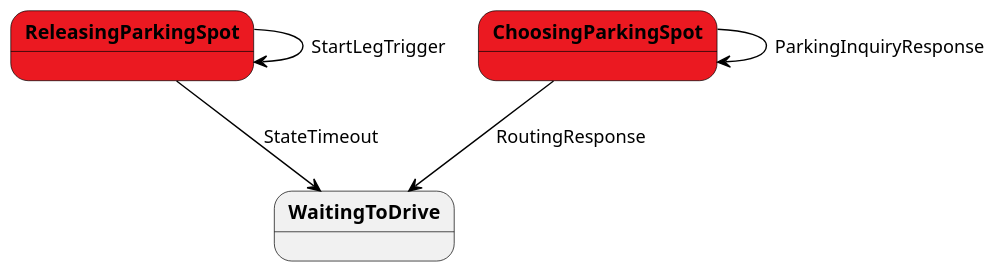
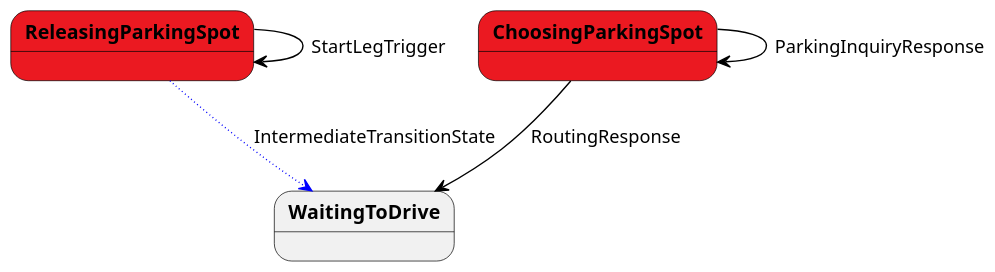
Before and after one commit to LBNL-UCB-STI/beam: the diagram in docs/uml/ChoosesParkingFSM.puml, drawn with PlantUML. The commit also changed 5 other files, not shown here.

```diff
--- a/docs/uml/ChoosesParkingFSM.puml
+++ b/docs/uml/ChoosesParkingFSM.puml
@@ -1,20 +1,20 @@
 @startuml
 
 scale 1000 width
 skinparam stateBorderColor #black
 skinparam stateFontStyle bold
 skinparam arrowColor #black
 
 ' BeamAgent: States '
 state ReleasingParkingSpot #eb1921
 
 state ChoosingParkingSpot #eb1921
 
 'Transition State'
 ReleasingParkingSpot --> ReleasingParkingSpot: StartLegTrigger
-ReleasingParkingSpot --> WaitingToDrive: StateTimeout
+ReleasingParkingSpot -[#blue,dotted]-> WaitingToDrive: IntermediateTransitionState
 ChoosingParkingSpot --> ChoosingParkingSpot : ParkingInquiryResponse
 ChoosingParkingSpot --> WaitingToDrive : RoutingResponse
 
 
 @enduml
```
